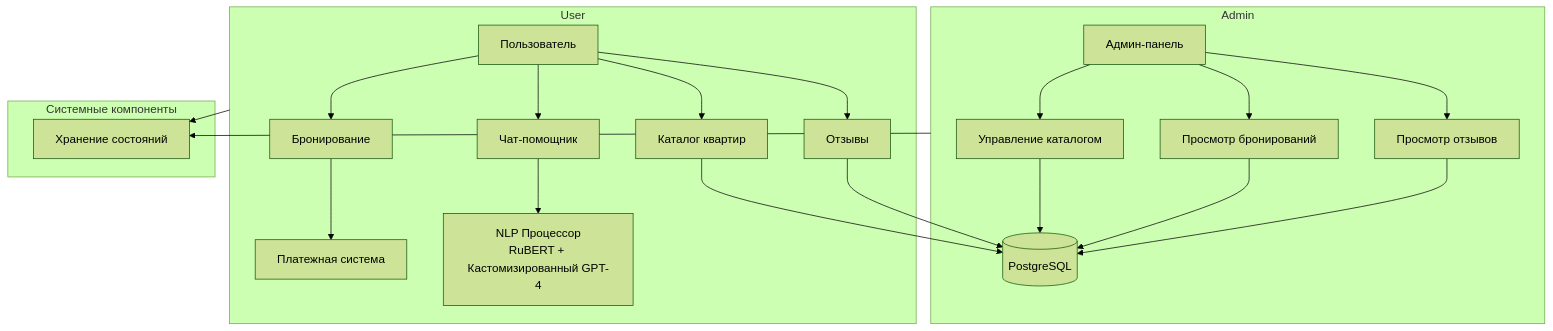
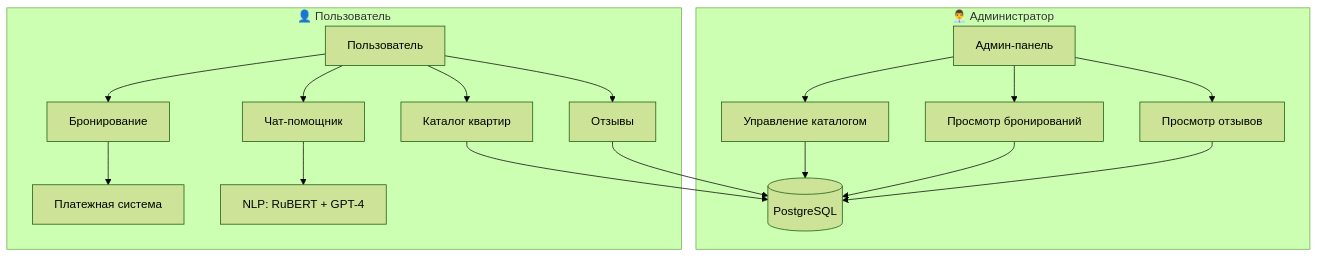
One commit to fetgrigory/RentalsApartment_bot changed the diagram in README.md. Above: the diagram before and after it, drawn with Mermaid (forest theme).

````diff
--- a/README.md
+++ b/README.md
@@ -108,33 +108,22 @@
 ```mermaid
 graph TD
-    subgraph Admin
+    subgraph "👨‍💼 Администратор"
         A[Админ-панель] --> B[Управление каталогом]
         A --> C[Просмотр бронирований]
         A --> D[Просмотр отзывов]
-        B --> PostgreSQL
+        B --> PostgreSQL[(PostgreSQL)]
         C --> PostgreSQL
         D --> PostgreSQL
     end
 
-    subgraph User
+    subgraph "👤 Пользователь"
         U[Пользователь] --> E[Каталог квартир]
         U --> F[Бронирование]
         U --> G[Отзывы]
         U --> H[Чат-помощник]
         E --> PostgreSQL
-        F --> Payment
+        F --> Payment[Платежная система]
         G --> PostgreSQL
-        H --> NLP_Processor
+        H --> NLP[NLP: RuBERT + GPT-4]
     end
-
-    subgraph Системные компоненты
-        PostgreSQL[(PostgreSQL)]
-        Payment[Платежная система]
-        NLP_Processor[NLP Процессор\nRuBERT + Кастомизированный GPT-4]
-        MemoryStorage[Хранение состояний]
-    end
-
-    Admin --> MemoryStorage
-    User --> MemoryStorage
-
 ```
````
